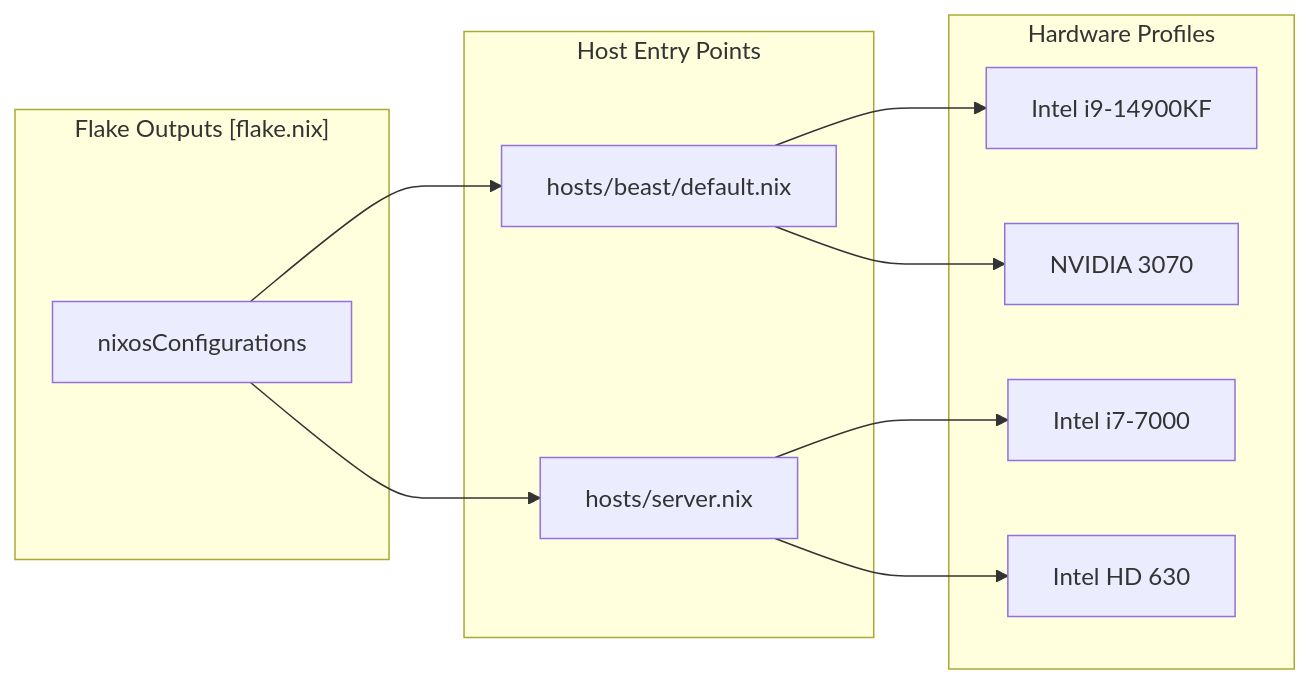
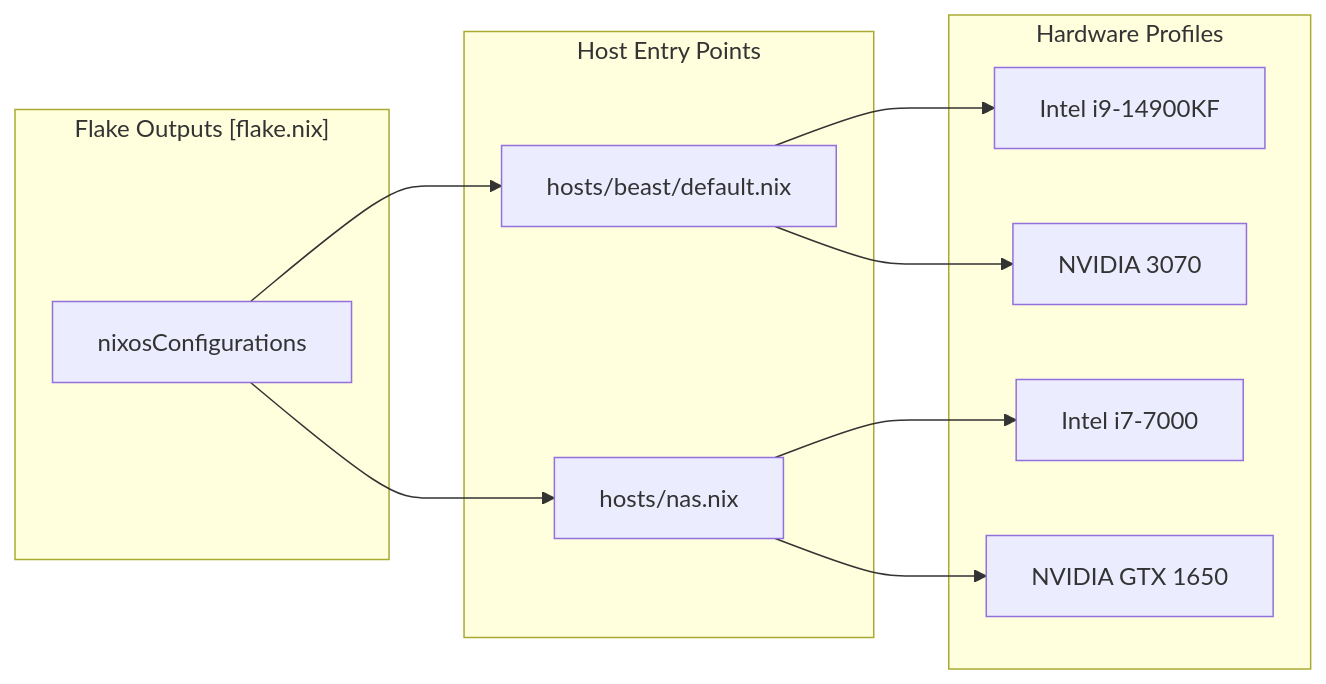
The diagram in docs/Host-Configurations.md (Cody-W-Tucker/nix-config), drawn with Mermaid before and after one commit. The commit also changed other lines of this file and 24 other files, not shown here.

First line of the commit message:
migrate server to nas

````diff
--- a/docs/Host-Configurations.md
+++ b/docs/Host-Configurations.md
@@ -15,22 +15,22 @@
 ```mermaid
 flowchart LR
     subgraph subGraph2 ["Hardware Profiles"]
         INTEL_14["Intel i9-14900KF"]
         INTEL_7["Intel i7-7000"]
         NV_3070["NVIDIA 3070"]
-        INTEL_630["Intel HD 630"]
+        GTX_1650["NVIDIA GTX 1650"]
     end
     subgraph subGraph1 ["Host Entry Points"]
         BEAST_ENTRY["hosts/beast/default.nix"]
-        SERVER_ENTRY["hosts/server.nix"]
+        NAS_ENTRY["hosts/nas.nix"]
     end
     subgraph subGraph0 ["Flake Outputs #91;flake.nix#93;"]
         CONF["nixosConfigurations"]
     end
     CONF --> BEAST_ENTRY
-    CONF --> SERVER_ENTRY
+    CONF --> NAS_ENTRY
     BEAST_ENTRY --> INTEL_14
     BEAST_ENTRY --> NV_3070
-    SERVER_ENTRY --> INTEL_7
-    SERVER_ENTRY --> INTEL_630
+    NAS_ENTRY --> INTEL_7
+    NAS_ENTRY --> GTX_1650
 ```
````
